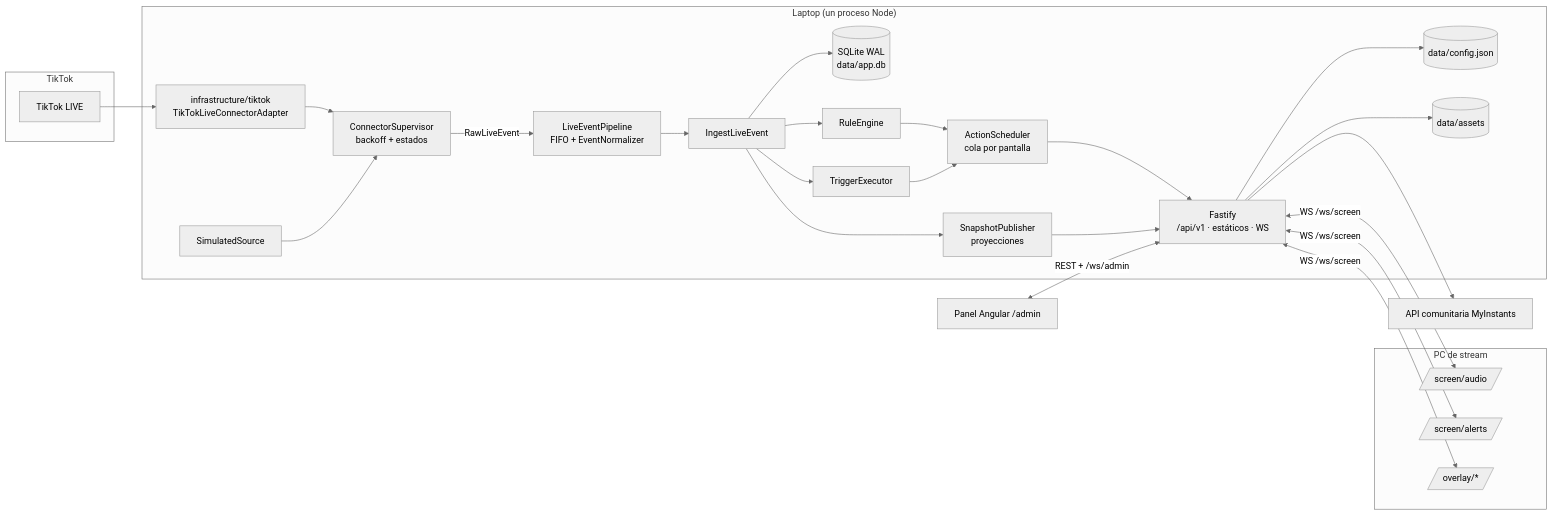
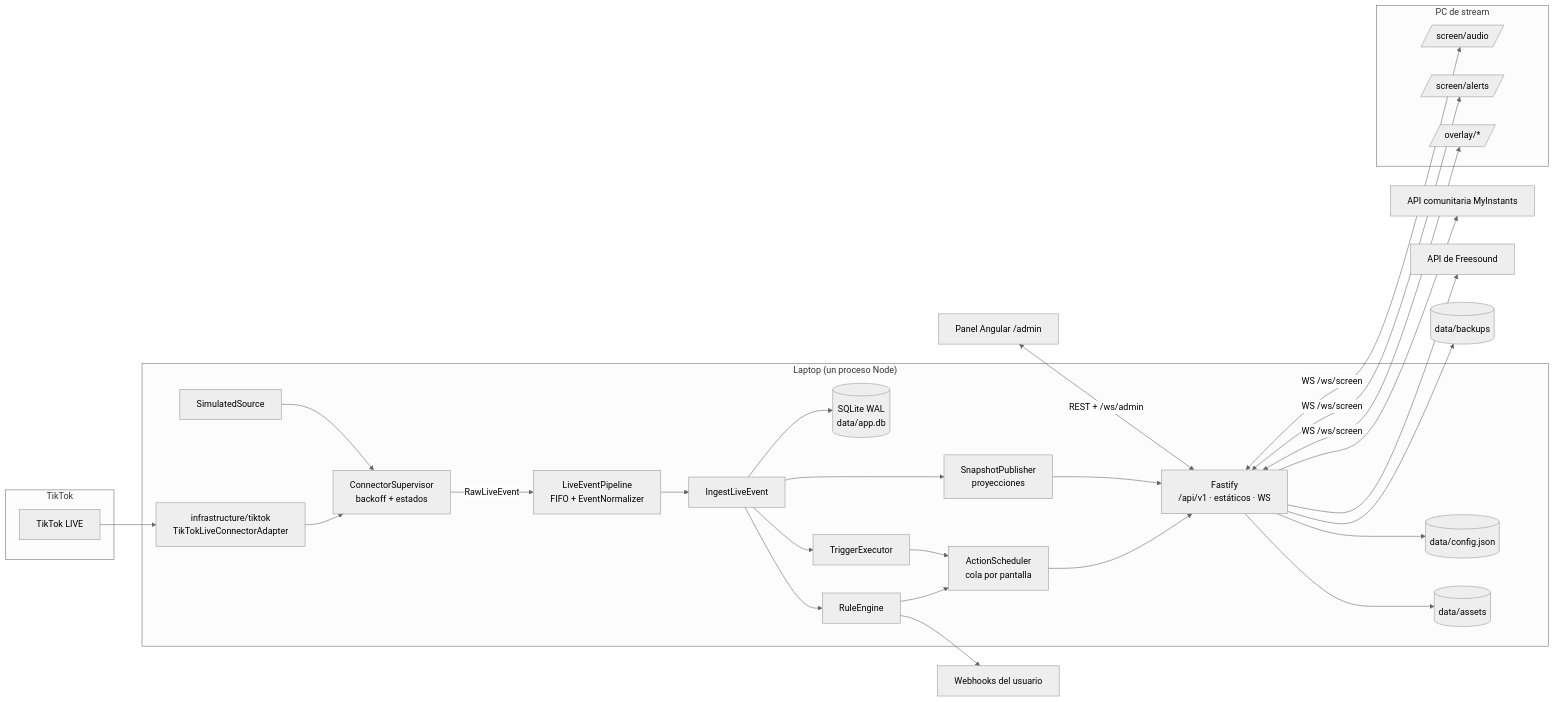
Before and after one commit to valdomero777/live_manager: the first of 5 diagrams in docs/DOCUMENTACION_TECNICA.md, drawn with Mermaid (neutral theme). The commit also changed other lines of this file and 1 other file, not shown here.

````diff
--- a/docs/DOCUMENTACION_TECNICA.md
+++ b/docs/DOCUMENTACION_TECNICA.md
@@ -76,40 +77,45 @@
 ```mermaid
 flowchart LR
   subgraph TikTok
     TT[TikTok LIVE]
   end
   subgraph Laptop["Laptop (un proceso Node)"]
     ADP[infrastructure/tiktok<br/>TikTokLiveConnectorAdapter]
     SIM[SimulatedSource]
     SUP[ConnectorSupervisor<br/>backoff + estados]
     PIPE[LiveEventPipeline<br/>FIFO + EventNormalizer]
     ING[IngestLiveEvent]
     DB[(SQLite WAL<br/>data/app.db)]
     PUB[SnapshotPublisher<br/>proyecciones]
     RE[RuleEngine]
     TR[TriggerExecutor]
     AS[ActionScheduler<br/>cola por pantalla]
     HTTP[Fastify<br/>/api/v1 · estáticos · WS]
     CFG[(data/config.json)]
     ASSETS[(data/assets)]
   end
   subgraph Stream["PC de stream"]
     AUD[/screen/audio/]
     ALR[/screen/alerts/]
     OV[/overlay/*/]
   end
   ADM[Panel Angular /admin]
   MI[API comunitaria MyInstants]
+  FS[API de Freesound]
+  WH[Webhooks del usuario]
+  BK[(data/backups)]
 
   TT --> ADP --> SUP
   SIM --> SUP
   SUP -->|RawLiveEvent| PIPE --> ING --> DB
   ING --> PUB & RE & TR
   RE & TR --> AS --> HTTP
   PUB --> HTTP
   HTTP <-->|WS /ws/screen| AUD & ALR & OV
   ADM <-->|REST + /ws/admin| HTTP
   HTTP --> CFG
   HTTP --> ASSETS
-  HTTP --> MI
+  HTTP --> MI & FS
+  RE --> WH
+  HTTP --> BK
 ```
````
